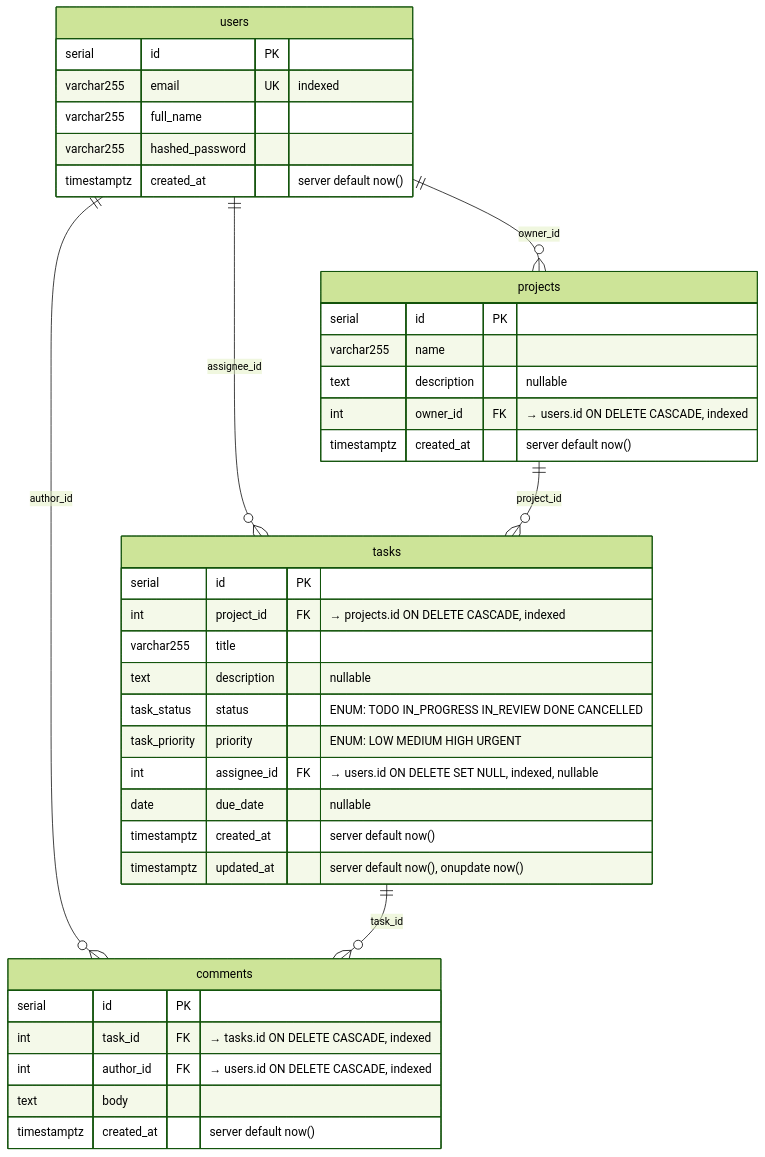
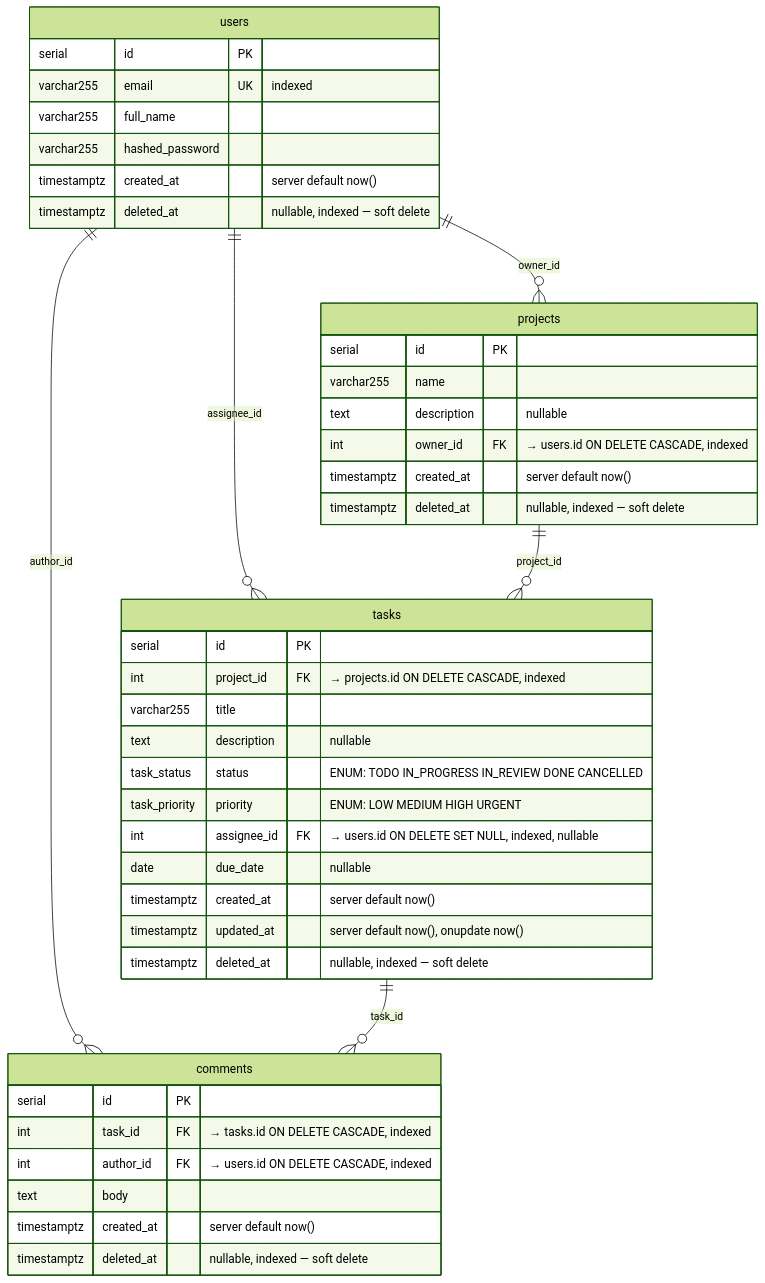
Before and after one commit to jaricsng/ai-assisted-devops-labs: diagram 11 of 11 in docs/diagrams.md, drawn with Mermaid (forest theme). The commit also changed other lines of this file and 260 other files, not shown here.

First line of the commit message:
feat: complete solution sync — tests, CI/CD workflows, schemas, and docs

````diff
--- a/docs/diagrams.md
+++ b/docs/diagrams.md
@@ -388,45 +566,49 @@
 ```mermaid
 erDiagram
     users {
         serial     id           PK
         varchar255 email        UK "indexed"
         varchar255 full_name
         varchar255 hashed_password
         timestamptz created_at  "server default now()"
+        timestamptz deleted_at  "nullable, indexed — soft delete"
     }
 
     projects {
         serial      id           PK
         varchar255  name
         text        description  "nullable"
         int         owner_id     FK "→ users.id ON DELETE CASCADE, indexed"
         timestamptz created_at   "server default now()"
+        timestamptz deleted_at   "nullable, indexed — soft delete"
     }
 
     tasks {
         serial      id           PK
         int         project_id   FK "→ projects.id ON DELETE CASCADE, indexed"
         varchar255  title
         text        description  "nullable"
         task_status status       "ENUM: TODO IN_PROGRESS IN_REVIEW DONE CANCELLED"
         task_priority priority   "ENUM: LOW MEDIUM HIGH URGENT"
         int         assignee_id  FK "→ users.id ON DELETE SET NULL, indexed, nullable"
         date        due_date     "nullable"
         timestamptz created_at   "server default now()"
         timestamptz updated_at   "server default now(), onupdate now()"
+        timestamptz deleted_at   "nullable, indexed — soft delete"
     }
 
     comments {
         serial      id         PK
         int         task_id    FK "→ tasks.id ON DELETE CASCADE, indexed"
         int         author_id  FK "→ users.id ON DELETE CASCADE, indexed"
         text        body
         timestamptz created_at "server default now()"
+        timestamptz deleted_at "nullable, indexed — soft delete"
     }
 
     users    ||--o{ projects : "owner_id"
     users    ||--o{ tasks    : "assignee_id"
     users    ||--o{ comments : "author_id"
     projects ||--o{ tasks    : "project_id"
     tasks    ||--o{ comments : "task_id"
 ```
````
